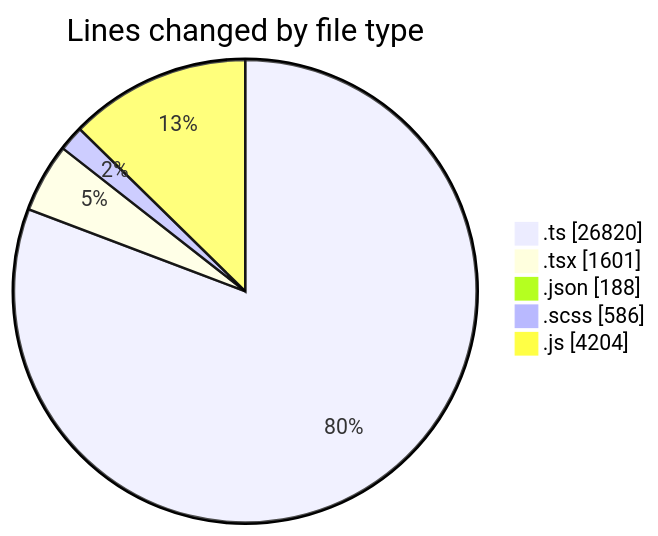
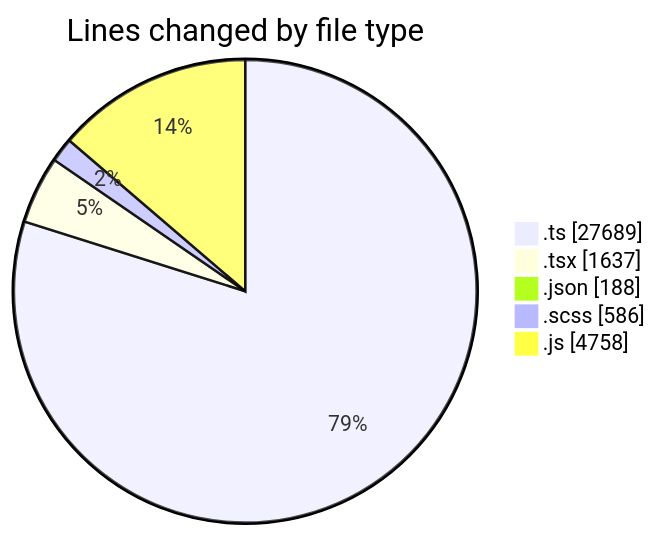
Before and after one commit to momahboobian/code-tracking: the first of 2 diagrams in 2026-05-07/cda/README.md, drawn with Mermaid. The commit also changed other lines of this file and 1 other file, not shown here.

````diff
--- a/2026-05-07/cda/README.md
+++ b/2026-05-07/cda/README.md
@@ -46,9 +46,9 @@
 ```mermaid
 pie showData
 title Lines changed by file type
-".ts" : 26820
-".tsx" : 1601
+".ts" : 27689
+".tsx" : 1637
 ".json" : 188
 ".scss" : 586
-".js" : 4204
+".js" : 4758
 ```
````
